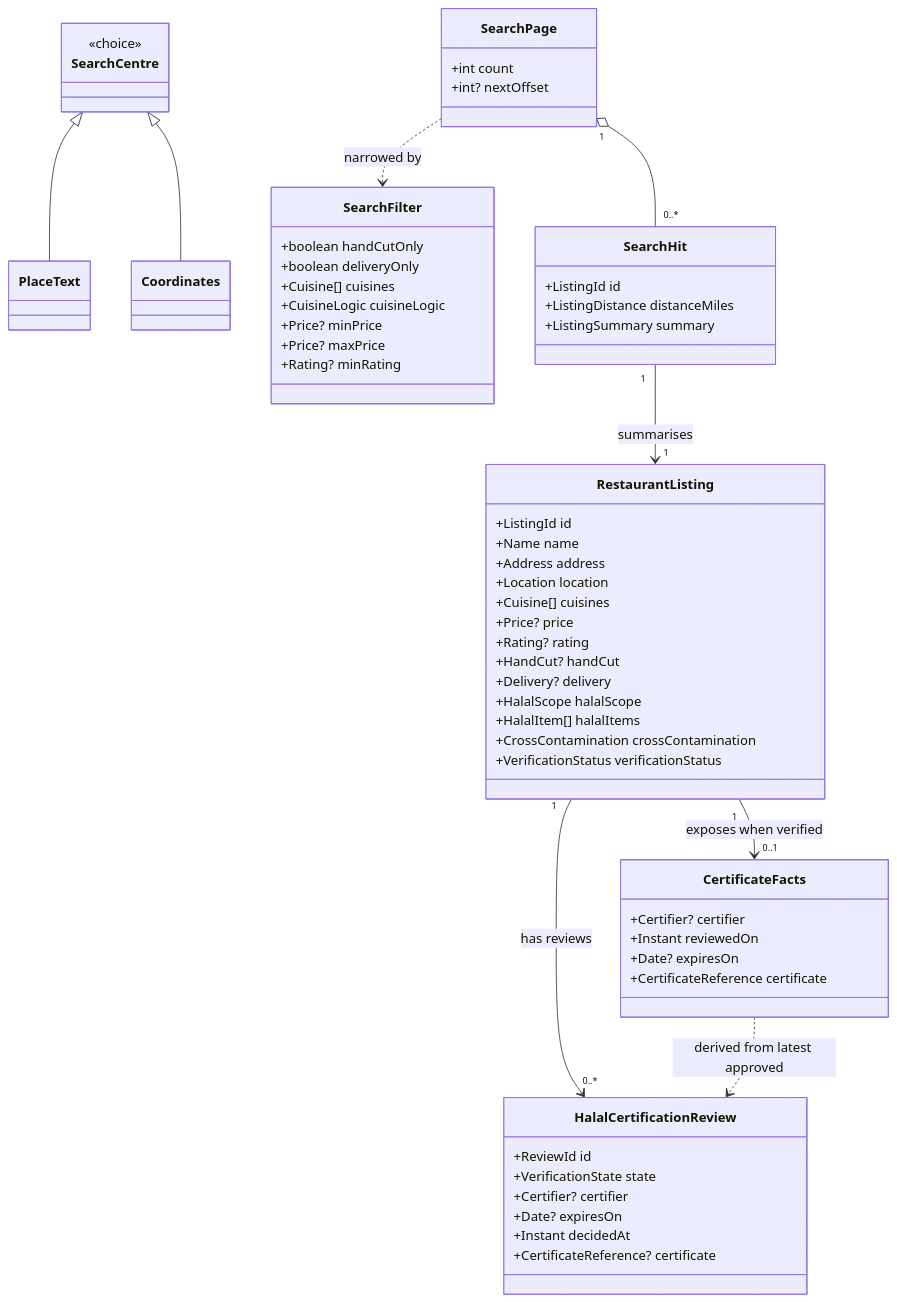
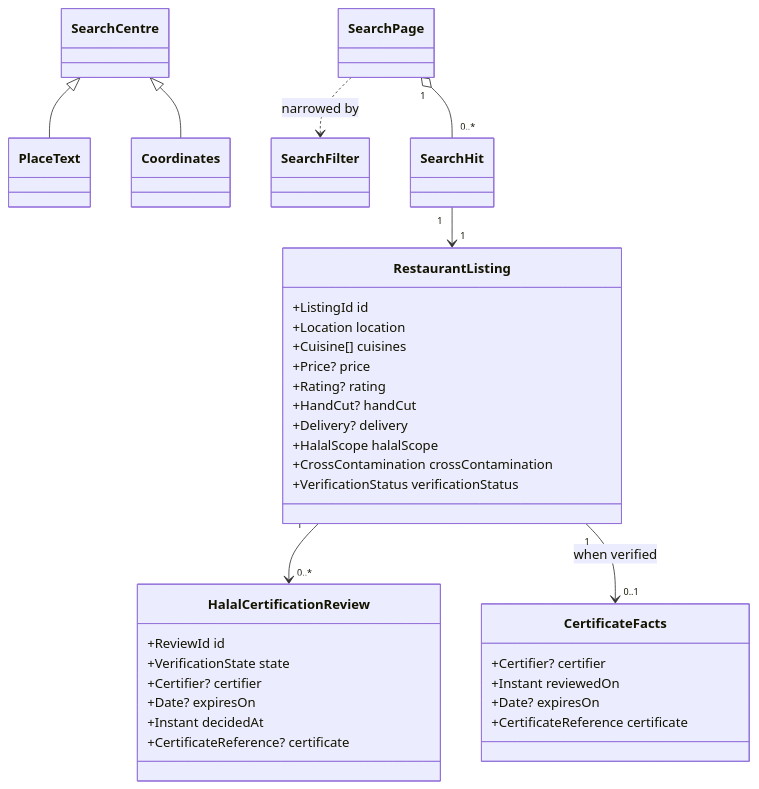
The diagram in docs/features/SC-209/01-domain-model.md (Losers-Lab/tahirs-list), drawn with Mermaid before and after one commit. The commit also changed other lines of this file and 10 other files, not shown here.

Commit message:
[SC-209] Retrofit design to diagram-first standard

````diff
--- a/docs/features/SC-209/01-domain-model.md
+++ b/docs/features/SC-209/01-domain-model.md
@@ -52,70 +5,42 @@
 ```mermaid
 classDiagram
     class RestaurantListing {
         +ListingId id
-        +Name name
-        +Address address
         +Location location
         +Cuisine[] cuisines
         +Price? price
         +Rating? rating
         +HandCut? handCut
         +Delivery? delivery
         +HalalScope halalScope
-        +HalalItem[] halalItems
         +CrossContamination crossContamination
         +VerificationStatus verificationStatus
     }
-
     class HalalCertificationReview {
         +ReviewId id
         +VerificationState state
         +Certifier? certifier
         +Date? expiresOn
         +Instant decidedAt
         +CertificateReference? certificate
     }
-
-    class SearchCentre {
-        <<choice>>
-    }
+    class SearchCentre
     class PlaceText
     class Coordinates
-
-    class SearchFilter {
-        +boolean handCutOnly
-        +boolean deliveryOnly
-        +Cuisine[] cuisines
-        +CuisineLogic cuisineLogic
-        +Price? minPrice
-        +Price? maxPrice
-        +Rating? minRating
-    }
-
-    class SearchHit {
-        +ListingId id
-        +ListingDistance distanceMiles
-        +ListingSummary summary
-    }
-
-    class SearchPage {
-        +int count
-        +int? nextOffset
-    }
-
+    class SearchFilter
+    class SearchPage
+    class SearchHit
     class CertificateFacts {
         +Certifier? certifier
         +Instant reviewedOn
         +Date? expiresOn
         +CertificateReference certificate
     }
-
     SearchCentre <|-- PlaceText
     SearchCentre <|-- Coordinates
     SearchPage "1" o-- "0..*" SearchHit
-    SearchHit "1" --> "1" RestaurantListing : summarises
-    RestaurantListing "1" --> "0..1" CertificateFacts : exposes when verified
-    RestaurantListing "1" --> "0..*" HalalCertificationReview : has reviews
-    CertificateFacts ..> HalalCertificationReview : derived from latest approved
+    SearchHit "1" --> "1" RestaurantListing
+    RestaurantListing "1" --> "0..*" HalalCertificationReview
+    RestaurantListing "1" --> "0..1" CertificateFacts : when verified
     SearchPage ..> SearchFilter : narrowed by
 ```
````
